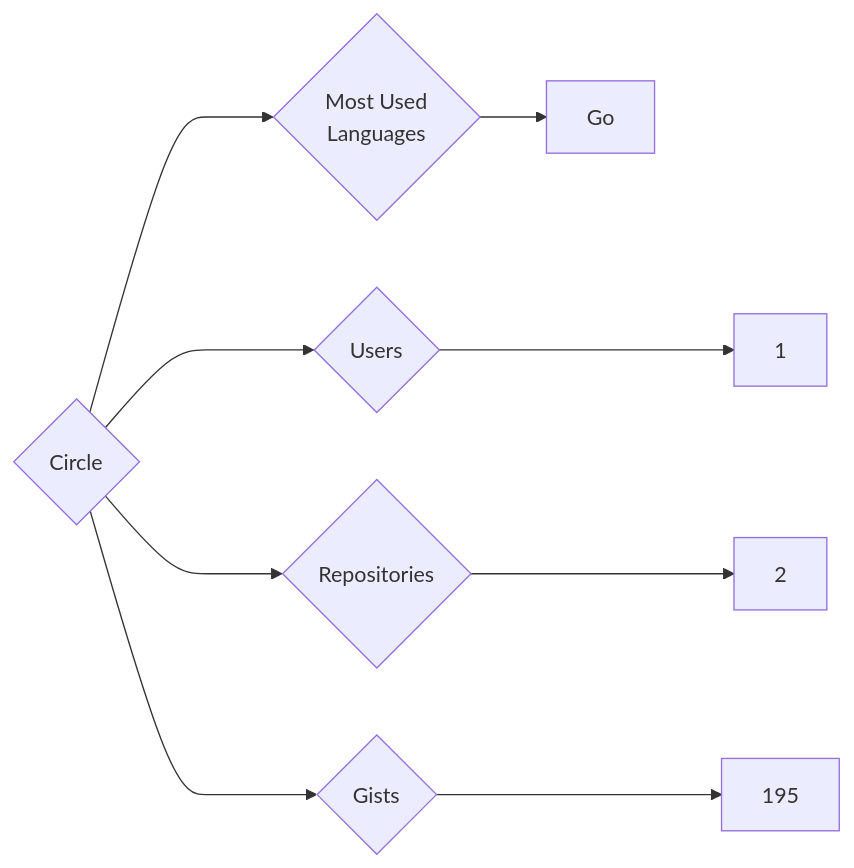
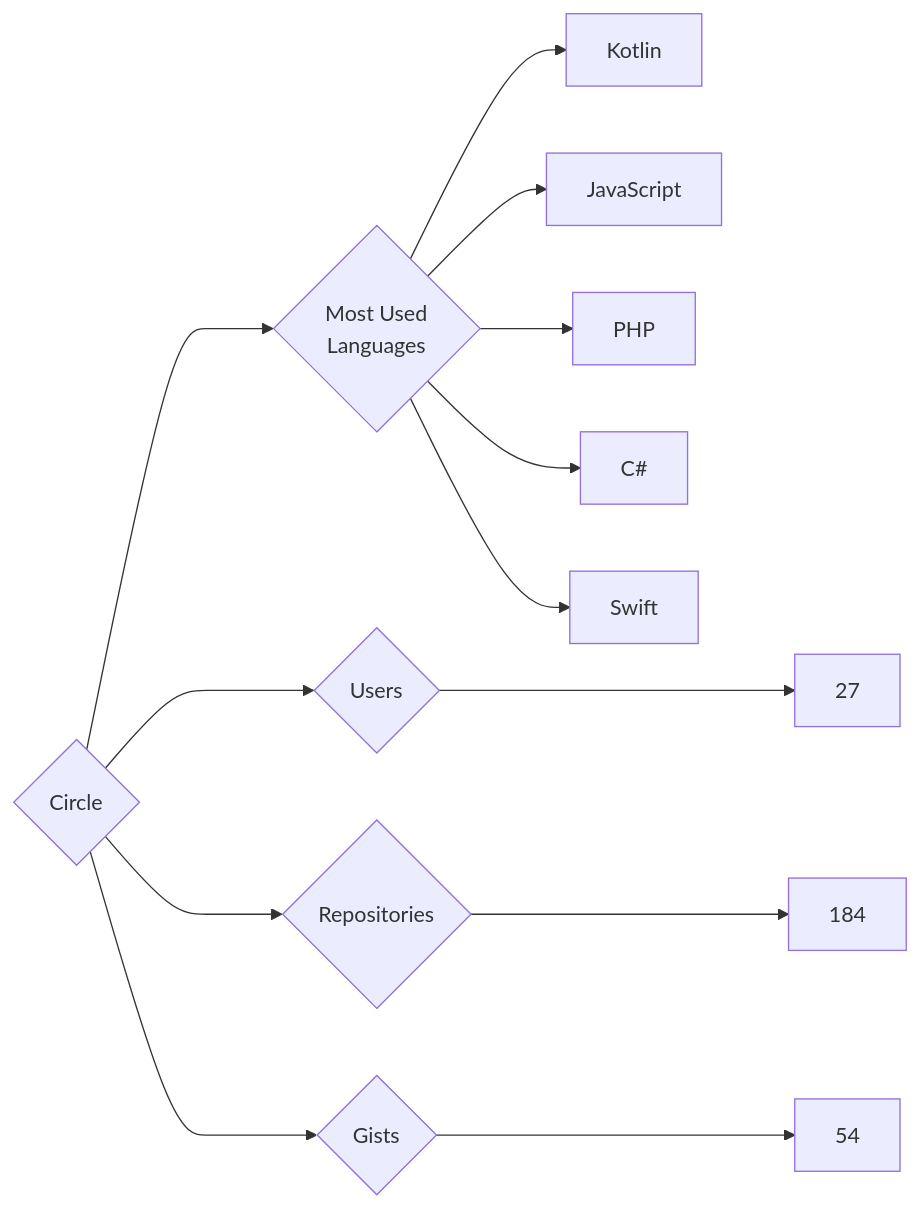
The diagram in targets/Circle/README.md (trickest/insiders), drawn with Mermaid before and after one commit. The commit also changed 925 other files, not shown here.

````diff
--- a/targets/Circle/README.md
+++ b/targets/Circle/README.md
@@ -3,9 +3,13 @@
 ```mermaid
 graph LR
 COMPANY_NAME{Circle}
-COMPANY_NAME ---> U{Users} ---> UN[1]
-COMPANY_NAME ---> R{Repositories} ---> RN[2]
-COMPANY_NAME ---> G{Gists} ---> GN[195]
+COMPANY_NAME ---> U{Users} ---> UN[27]
+COMPANY_NAME ---> R{Repositories} ---> RN[184]
+COMPANY_NAME ---> G{Gists} ---> GN[54]
 COMPANY_NAME ---> ML{Most Used<br>Languages}
-ML --> Go[Go]
+ML --> Kotlin[Kotlin]
+ML --> JavaScript[JavaScript]
+ML --> PHP[PHP]
+ML --> C#[C#]
+ML --> Swift[Swift]
 ```
````
